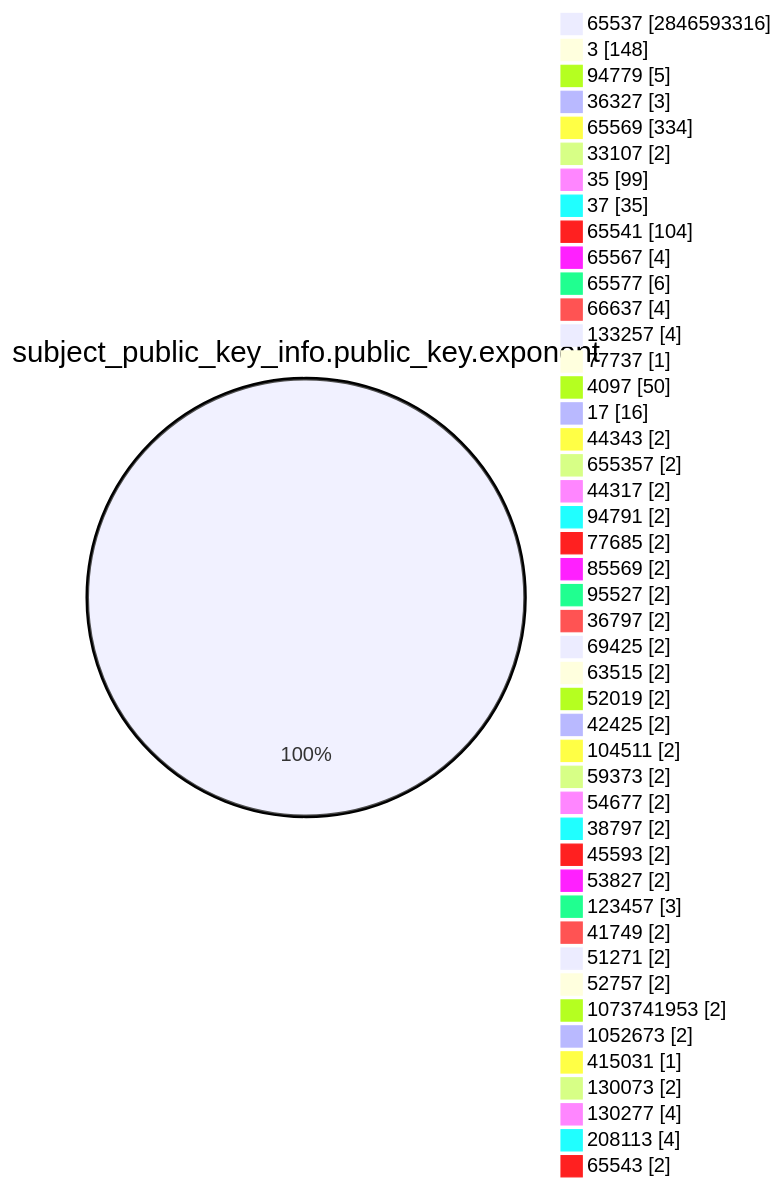
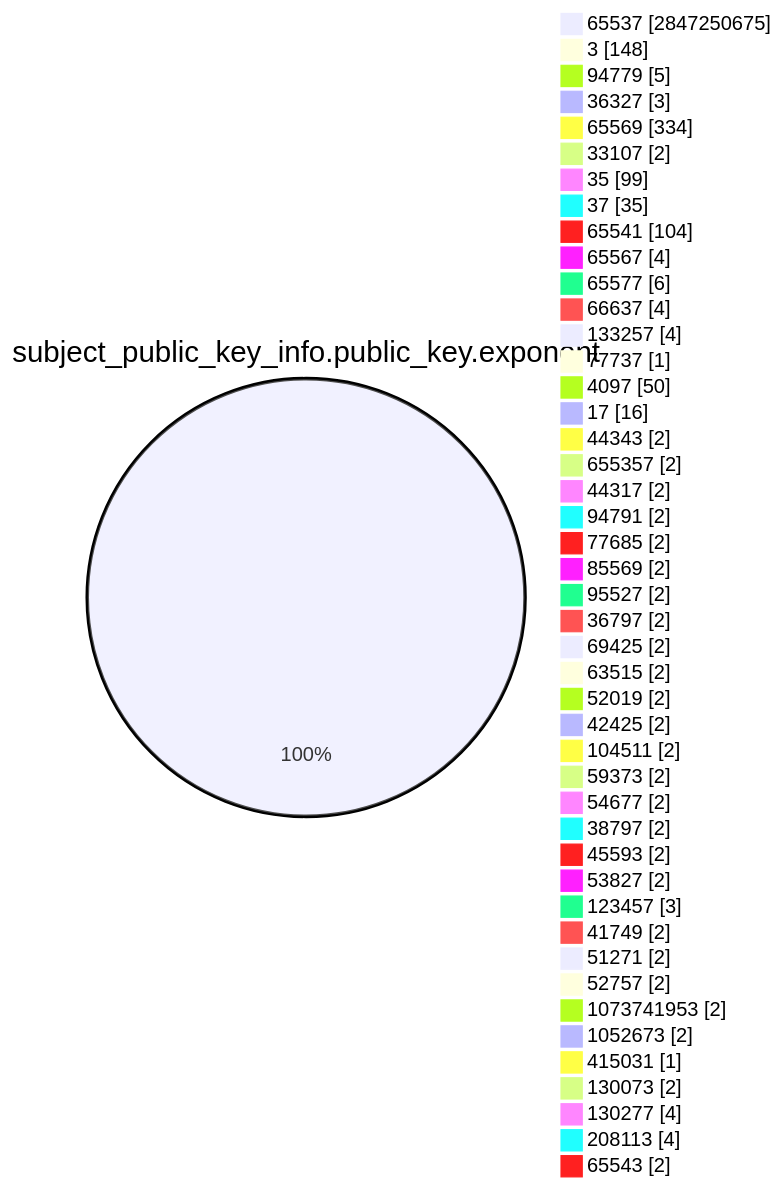
One commit to christiankrug/ctmonitor_visualization changed the fourth of 15 diagrams in TOTAL/README.md. Above: the diagram before and after it, drawn with Mermaid. The commit also changed other lines of this file, not shown here.

````diff
--- a/TOTAL/README.md
+++ b/TOTAL/README.md
@@ -1468,49 +1468,49 @@
 ```mermaid
 pie showData
 title subject_public_key_info.public_key.exponent
-"65537" :2846593316
+"65537" :2847250675
 "3" :148
 "94779" :5
 "36327" :3
 "65569" :334
 "33107" :2
 "35" :99
 "37" :35
 "65541" :104
 "65567" :4
 "65577" :6
 "66637" :4
 "133257" :4
 "77737" :1
 "4097" :50
 "17" :16
 "44343" :2
 "655357" :2
 "44317" :2
 "94791" :2
 "77685" :2
 "85569" :2
 "95527" :2
 "36797" :2
 "69425" :2
 "63515" :2
 "52019" :2
 "42425" :2
 "104511" :2
 "59373" :2
 "54677" :2
 "38797" :2
 "45593" :2
 "53827" :2
 "123457" :3
 "41749" :2
 "51271" :2
 "52757" :2
 "1073741953" :2
 "1052673" :2
 "415031" :1
 "130073" :2
 "130277" :4
 "208113" :4
 "65543" :2
 ```
````
